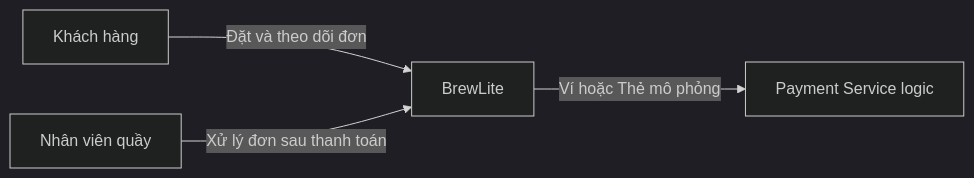
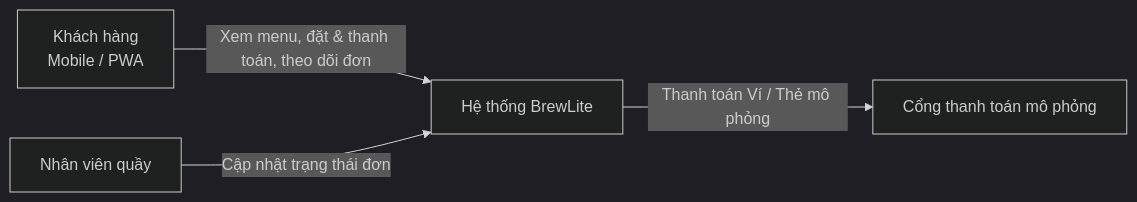
One commit to nhattranhuynhthien/BrewLite_Assignment_2 changed the first of 2 diagrams in docs/architecture.md. Above: the diagram before and after it, drawn with Mermaid (dark theme). The commit also changed other lines of this file and 6 other files, not shown here.

````diff
--- a/docs/architecture.md
+++ b/docs/architecture.md
@@ -23,6 +19,6 @@
 ```mermaid
 flowchart LR
-    C[Khách hàng] -->|Đặt và theo dõi đơn| B[BrewLite]
-    S[Nhân viên quầy] -->|Xử lý đơn sau thanh toán| B
-    B -->|Ví hoặc Thẻ mô phỏng| P[Payment Service logic]
+    C[Khách hàng<br/>Mobile / PWA] -->|Xem menu, đặt & thanh toán, theo dõi đơn| B[Hệ thống BrewLite]
+    S[Nhân viên quầy] -->|Cập nhật trạng thái đơn| B
+    B -->|Thanh toán Ví / Thẻ mô phỏng| P[Cổng thanh toán mô phỏng]
 ```
````
